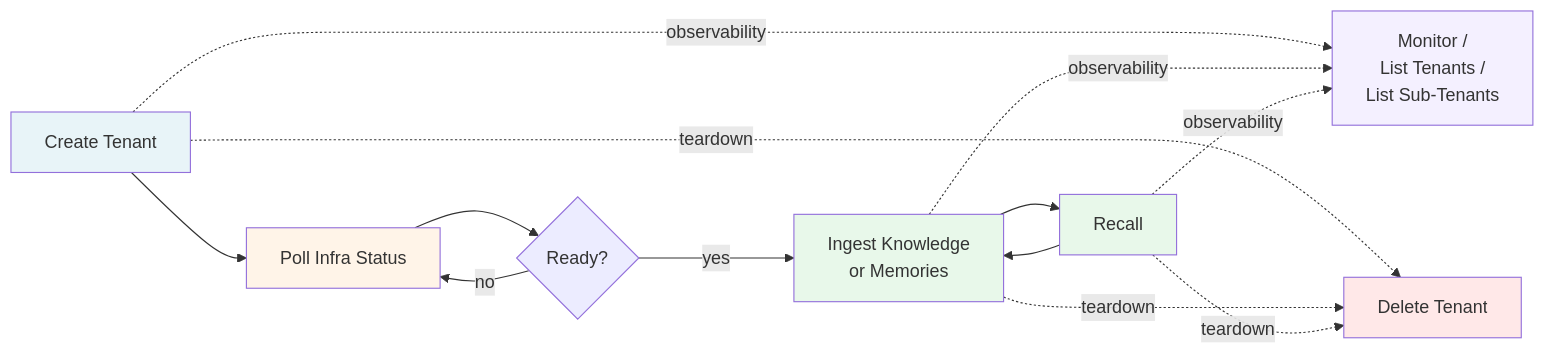
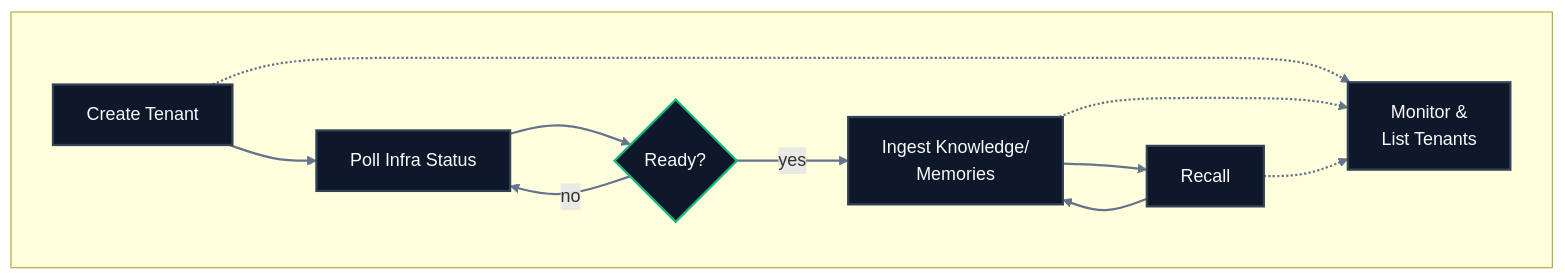
One commit to rupamghosh2006/mintlify-docs changed the diagram in api-reference/endpoint/tenants-overview.mdx. Above: the diagram before and after it, drawn with Mermaid. The commit also changed 3 other files, not shown here.

````diff
--- a/api-reference/endpoint/tenants-overview.mdx
+++ b/api-reference/endpoint/tenants-overview.mdx
@@ -8,24 +8,42 @@
 ```mermaid
 flowchart LR
-    A[Create Tenant] --> B[Poll Infra Status]
-    B --> C{Ready?}
+
+    %% HydraDB Dark Mode class definitions
+    classDef standard fill:#0f172a,stroke:#334155,stroke-width:2px,color:#f8fafc;
+    classDef innovation fill:#4c1d95,stroke:#8b5cf6,stroke-width:3px,color:#ffffff,font-weight:bold;
+    classDef success fill:#0f172a,stroke:#10b981,stroke-width:2px,color:#f8fafc;
+    classDef failure fill:#0f172a,stroke:#ef4444,stroke-width:2px,color:#f8fafc;
+
+    %% Core lifecycle flow
+    subgraph TenantLifecycle [" "]
+      direction LR
+      A[Create Tenant]
+      B[Poll Infra Status]
+      C{Ready?}
+      D[Ingest Knowledge/<br/>Memories]
+      E[Recall]
+      M[Monitor &<br/>List Tenants]
+    end
+    class TenantLifecycle fill:none,stroke:none;
+
+    %% Flow
+    A --> B
+    B --> C
     C -- no --> B
-    C -- yes --> D[Ingest Knowledge<br/>or Memories]
-    D --> E[Recall]
+    C -- yes --> D
+    D --> E
     E --> D
 
-    A -.observability.-> M[Monitor /<br/>List Tenants /<br/>List Sub-Tenants]
-    D -.observability.-> M
-    E -.observability.-> M
+    %% Observability and Teardown flows
+    A -.-> M
+    D -.-> M
+    E -.-> M
 
-    A -.teardown.-> F[Delete Tenant]
-    D -.teardown.-> F
-    E -.teardown.-> F
+    %% Class assignments
+    class A,B,D,E,M standard;
+    class F failure;
+    class C success;
 
-    style A fill:#e8f4f8
-    style B fill:#fff4e8
-    style D fill:#e8f8ea
-    style E fill:#e8f8ea
-    style M fill:#f4f0ff
-    style F fill:#ffe8e8
+    %% Link styling
+    linkStyle default stroke:#64748b,stroke-width:2px;
 ```
````
